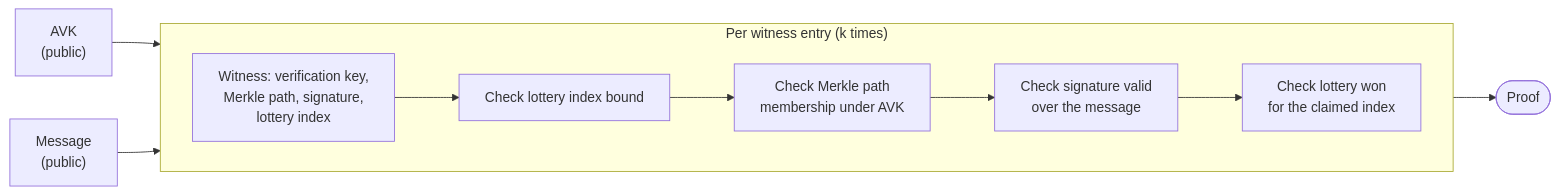
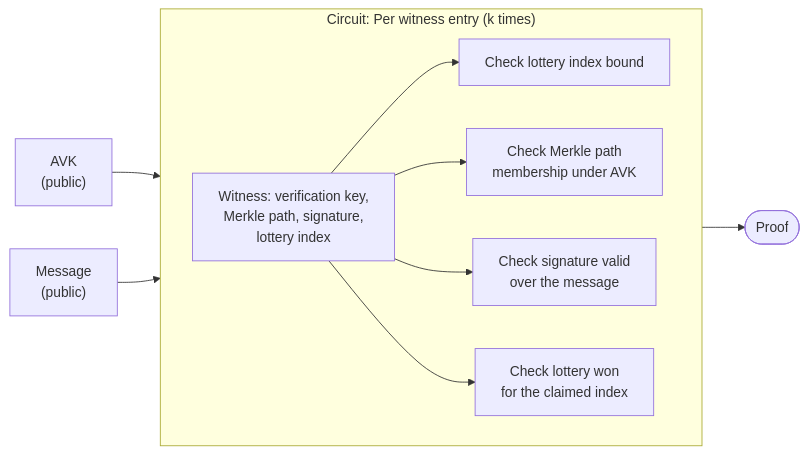
Before and after one commit to IntersectMBO/mithril: the diagram in docs/website/versioned_docs/version-maintained/mithril/advanced/mithril-protocol/aggregation/non_recursive_SNARK.md, drawn with Mermaid. The commit also changed other lines of this file and 1 other file, not shown here.

````diff
--- a/docs/website/versioned_docs/version-maintained/mithril/advanced/mithril-protocol/aggregation/non_recursive_SNARK.md
+++ b/docs/website/versioned_docs/version-maintained/mithril/advanced/mithril-protocol/aggregation/non_recursive_SNARK.md
@@ -18,15 +18,15 @@
 ```mermaid
 flowchart LR
     AVK["AVK<br/>(public)"] --> Circuit
     MSG["Message<br/>(public)"] --> Circuit
 
-    subgraph Circuit["Per witness entry (k times)"]
+    subgraph Circuit["Circuit: Per witness entry (k times)"]
         direction LR
         W["Witness: verification key,<br/>Merkle path, signature, <br/>lottery index"] --> C1["Check lottery index bound"]
-        C1 --> C2["Check Merkle path<br/>membership under AVK"]
-        C2 --> C3["Check signature valid<br/>over the message"]
-        C3 --> C4["Check lottery won<br/>for the claimed index"]
+        W["Witness: verification key,<br/>Merkle path, signature, <br/>lottery index"] --> C2["Check Merkle path<br/>membership under AVK"]
+        W["Witness: verification key,<br/>Merkle path, signature, <br/>lottery index"] --> C3["Check signature valid<br/>over the message"]
+        W["Witness: verification key,<br/>Merkle path, signature, <br/>lottery index"] --> C4["Check lottery won<br/>for the claimed index"]
     end
 
     Circuit --> Proof(["Proof"])
 ```
````
